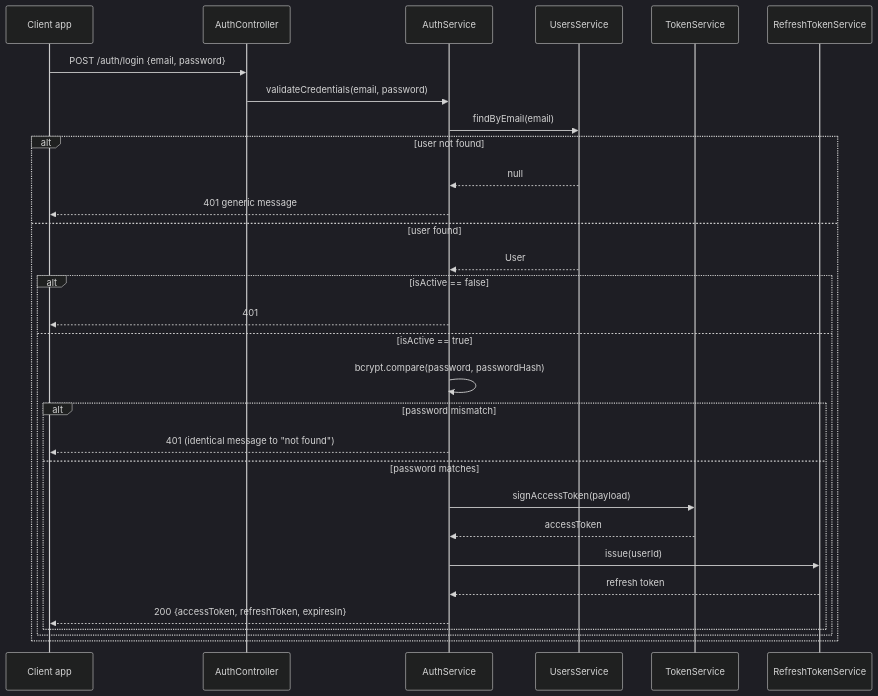
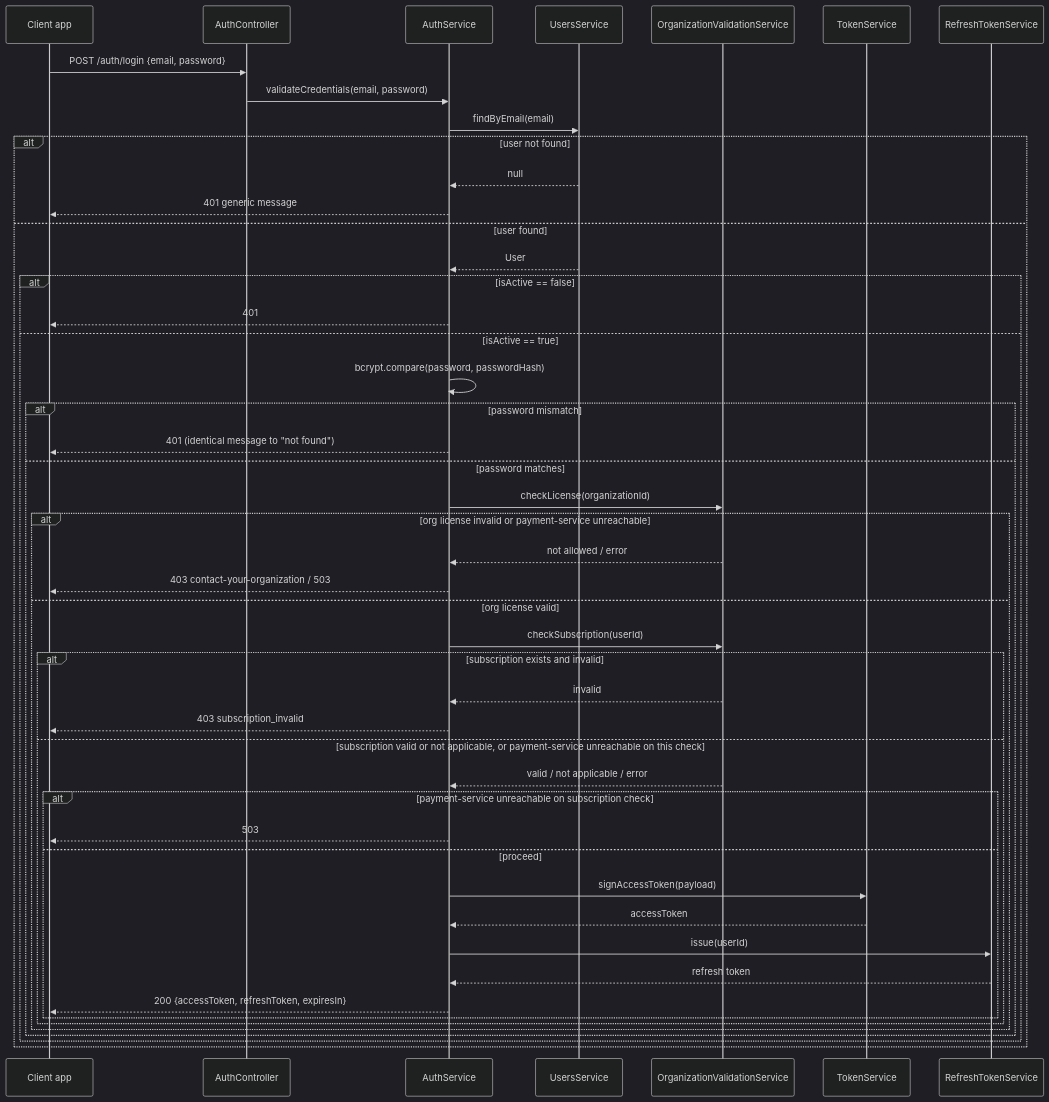
Before and after one commit to nawara-solutions/nawara-core: the sixth of 9 diagrams in docs/sdd/auth-service.md, drawn with Mermaid (dark theme). The commit also changed other lines of this file and 8 other files, not shown here.

First line of the commit message:
docs(auth-service,payment-service): design license-expiry logout & subscription reservation

````diff
--- a/docs/sdd/auth-service.md
+++ b/docs/sdd/auth-service.md
@@ -437,33 +478,51 @@
 ```mermaid
 sequenceDiagram
     participant App as Client app
     participant AC as AuthController
     participant AS as AuthService
     participant US as UsersService
+    participant OVS as OrganizationValidationService
     participant TS as TokenService
     participant RTS as RefreshTokenService
 
     App->>AC: POST /auth/login {email, password}
     AC->>AS: validateCredentials(email, password)
     AS->>US: findByEmail(email)
     alt user not found
         US-->>AS: null
         AS-->>App: 401 generic message
     else user found
         US-->>AS: User
         alt isActive == false
             AS-->>App: 401
         else isActive == true
             AS->>AS: bcrypt.compare(password, passwordHash)
             alt password mismatch
                 AS-->>App: 401 (identical message to "not found")
             else password matches
-                AS->>TS: signAccessToken(payload)
-                TS-->>AS: accessToken
-                AS->>RTS: issue(userId)
-                RTS-->>AS: refresh token
-                AS-->>App: 200 {accessToken, refreshToken, expiresIn}
+                AS->>OVS: checkLicense(organizationId)
+                alt org license invalid or payment-service unreachable
+                    OVS-->>AS: not allowed / error
+                    AS-->>App: 403 contact-your-organization / 503
+                else org license valid
+                    AS->>OVS: checkSubscription(userId)
+                    alt subscription exists and invalid
+                        OVS-->>AS: invalid
+                        AS-->>App: 403 subscription_invalid
+                    else subscription valid or not applicable, or payment-service unreachable on this check
+                        OVS-->>AS: valid / not applicable / error
+                        alt payment-service unreachable on subscription check
+                            AS-->>App: 503
+                        else proceed
+                            AS->>TS: signAccessToken(payload)
+                            TS-->>AS: accessToken
+                            AS->>RTS: issue(userId)
+                            RTS-->>AS: refresh token
+                            AS-->>App: 200 {accessToken, refreshToken, expiresIn}
+                        end
+                    end
+                end
             end
         end
     end
 ```
````
